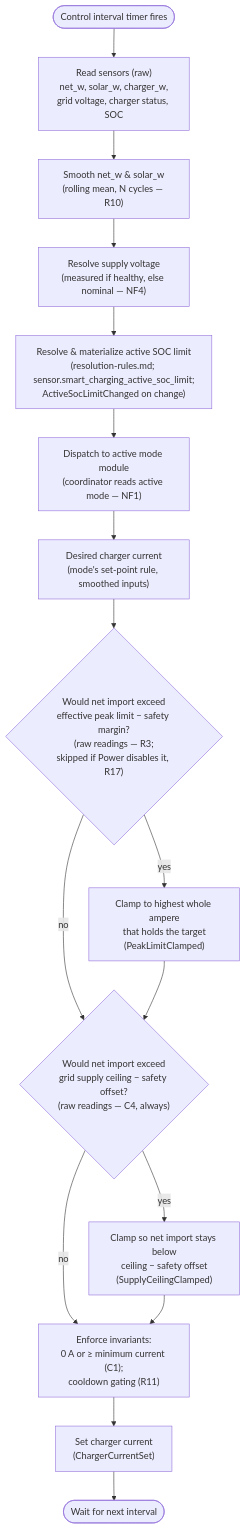
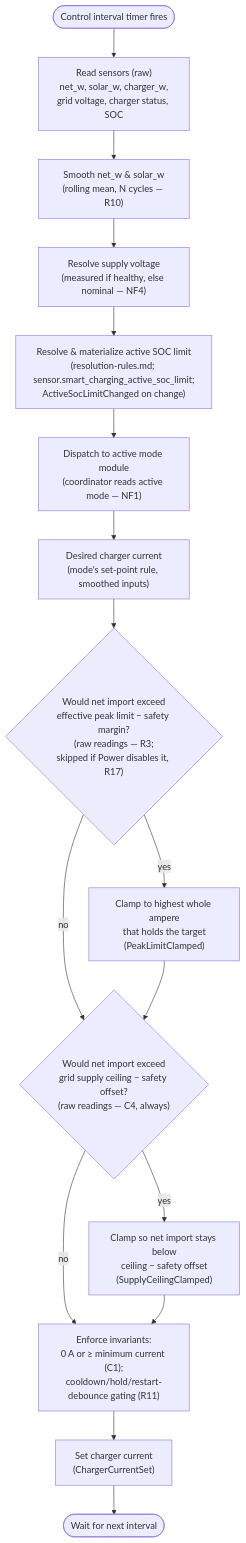
The diagram in docs/analysis/control-cycle.md (kristofdegrave/homeassistant-smart-charging), drawn with Mermaid before and after one commit. The commit also changed other lines of this file and 8 other files, not shown here.

````diff
--- a/docs/analysis/control-cycle.md
+++ b/docs/analysis/control-cycle.md
@@ -57,18 +57,18 @@
 ```mermaid
 flowchart TD
     Timer(["Control interval timer fires"]) --> Read["Read sensors (raw)<br/>net_w, solar_w, charger_w,<br/>grid voltage, charger status, SOC"]
     Read --> Smooth["Smooth net_w & solar_w<br/>(rolling mean, N cycles — R10)"]
     Smooth --> Volt["Resolve supply voltage<br/>(measured if healthy, else nominal — NF4)"]
     Volt --> SocLimit["Resolve & materialize active SOC limit<br/>(resolution-rules.md; sensor.smart_charging_active_soc_limit;<br/>ActiveSocLimitChanged on change)"]
     SocLimit --> Dispatch["Dispatch to active mode module<br/>(coordinator reads active mode — NF1)"]
     Dispatch --> Desired["Desired charger current<br/>(mode's set-point rule, smoothed inputs)"]
     Desired --> Peak{"Would net import exceed<br/>effective peak limit − safety margin?<br/>(raw readings — R3;<br/>skipped if Power disables it, R17)"}
     Peak -->|yes| Clamp["Clamp to highest whole ampere<br/>that holds the target<br/>(PeakLimitClamped)"]
     Peak -->|no| Ceiling
     Clamp --> Ceiling{"Would net import exceed<br/>grid supply ceiling − safety offset?<br/>(raw readings — C4, always)"}
     Ceiling -->|yes| CeilingClamp["Clamp so net import stays below<br/>ceiling − safety offset<br/>(SupplyCeilingClamped)"]
     Ceiling -->|no| Invariant
-    CeilingClamp --> Invariant["Enforce invariants:<br/>0 A or ≥ minimum current (C1);<br/>cooldown gating (R11)"]
+    CeilingClamp --> Invariant["Enforce invariants:<br/>0 A or ≥ minimum current (C1);<br/>cooldown/hold/restart-debounce gating (R11)"]
     Invariant --> Set["Set charger current<br/>(ChargerCurrentSet)"]
     Set --> Wait(["Wait for next interval"])
 ```
````
